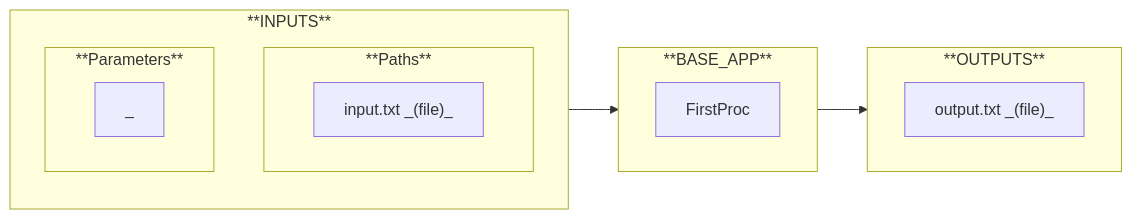
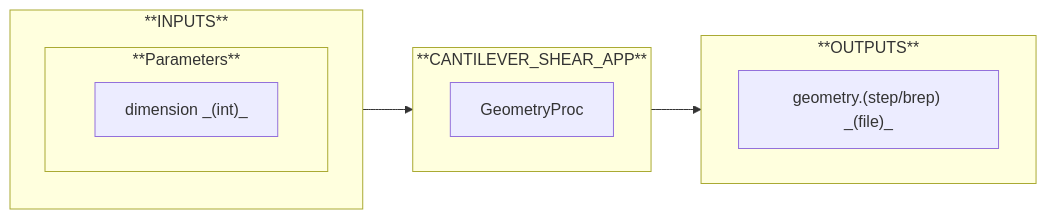
One commit to nuremics/nuremics-labs changed the fourth of 4 diagrams in src/labs/apps/cms/CANTILEVER_SHEAR_APP/README.md. Above: the diagram before and after it, drawn with Mermaid. The commit also changed other lines of this file, not shown here.

Commit message:
add README of CANTLIEVER_SHEAR_APP

````diff
--- a/src/labs/apps/cms/CANTILEVER_SHEAR_APP/README.md
+++ b/src/labs/apps/cms/CANTILEVER_SHEAR_APP/README.md
@@ -102,29 +71,24 @@
 ```mermaid
 flowchart LR
   subgraph **INPUTS**
     direction TB
 
-    subgraph **Paths**
-      direction LR
-      path1["input.txt _(file)_"]
-    end
-
     subgraph **Parameters**
       direction LR
-      param1["_"]
+      param1["dimension _(int)_"]
     end
   end
 
-  subgraph **BASE_APP**
+  subgraph **CANTILEVER_SHEAR_APP**
     direction RL
-    proc1["FirstProc"]
+    proc1["GeometryProc"]
   end
 
   subgraph **OUTPUTS**
     direction RL
-    out1["output.txt _(file)_"]
+    out1["geometry.(step/brep) _(file)_"]
   end
 
   **INPUTS** --> proc1
   proc1 --> **OUTPUTS**
 ```
````
